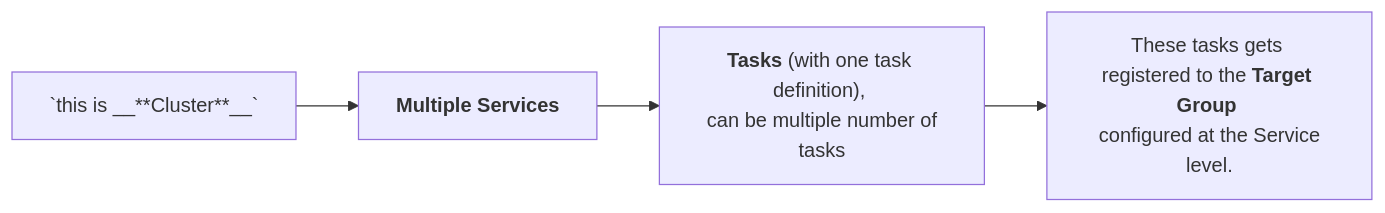
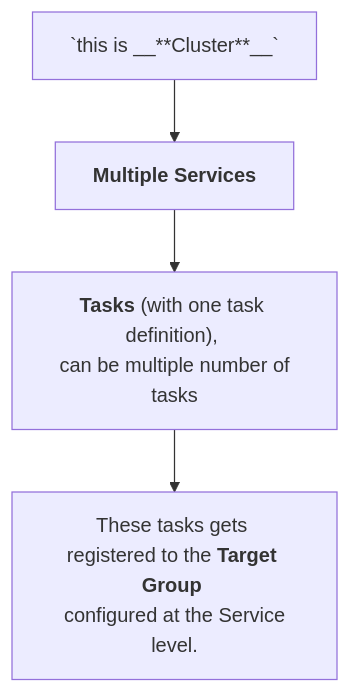
Before and after one commit to nepalsingh/cloud-training: the second of 2 diagrams in README.md, drawn with Mermaid.

Commit message:
EKS update

````diff
--- a/README.md
+++ b/README.md
@@ -729,10 +729,11 @@
 ```mermaid
-flowchart LR
+%%{init: {"flowchart": {"htmlLabels": false}} }%%
+flowchart TD
   cluster[" `this is __**Cluster**__`"]
   services["`**Multiple Services**`"]
   tasks["`**Tasks** (with one task definition), <br /> can be multiple number of tasks`"]
   target["`These tasks gets registered to the **Target Group** <br /> configured at the Service level.`"]
   cluster --> services --> tasks --> target
 
 
 ```
````
